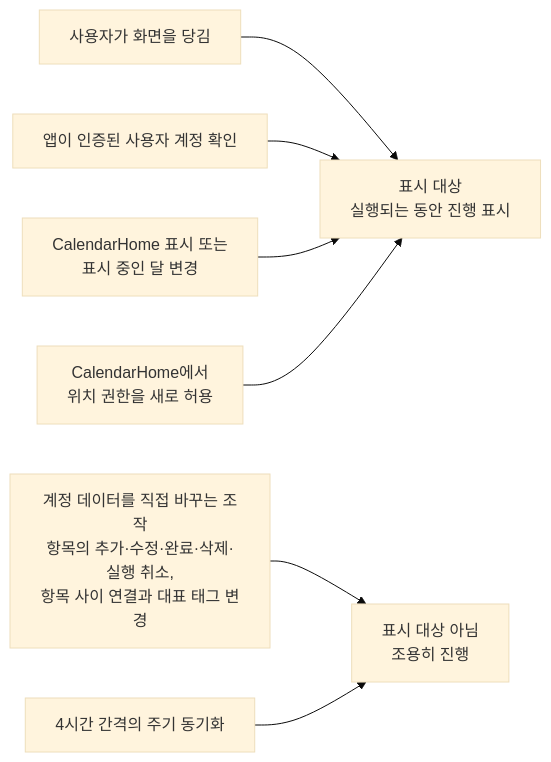
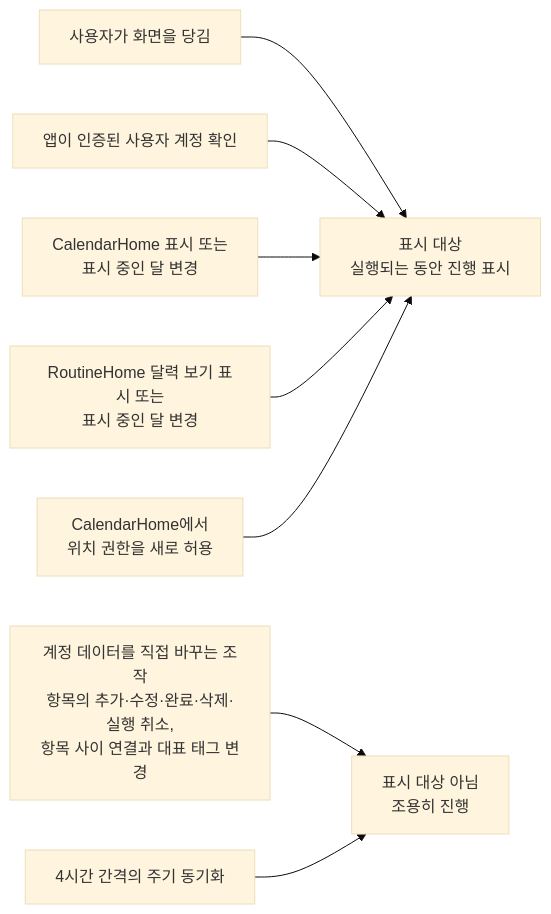
Before and after one commit to taetae98coding/DiaryKMP: the diagram in docs/spec/client/sync-refresh.md, drawn with Mermaid (base theme). The commit also changed other lines of this file and 106 other files, not shown here.

````diff
--- a/docs/spec/client/sync-refresh.md
+++ b/docs/spec/client/sync-refresh.md
@@ -89,12 +93,13 @@
 ```mermaid
 flowchart LR
     pull["사용자가 화면을 당김"] --> show
     account["앱이 인증된 사용자 계정 확인"] --> show
     calendar["CalendarHome 표시 또는<br/>표시 중인 달 변경"] --> show
+    routine["RoutineHome 달력 보기 표시 또는<br/>표시 중인 달 변경"] --> show
     permission["CalendarHome에서<br/>위치 권한을 새로 허용"] --> show
     edit["계정 데이터를 직접 바꾸는 조작<br/>항목의 추가·수정·완료·삭제·실행 취소,<br/>항목 사이 연결과 대표 태그 변경"] --> hide
     periodic["4시간 간격의 주기 동기화"] --> hide
 
     show["표시 대상<br/>실행되는 동안 진행 표시"]
     hide["표시 대상 아님<br/>조용히 진행"]
 ```
````
